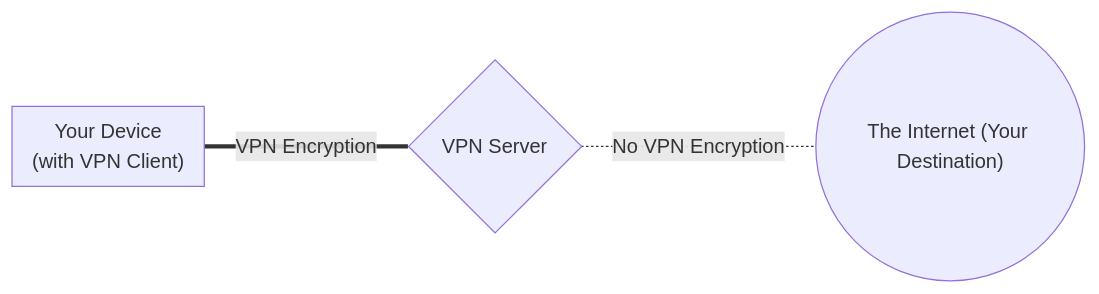
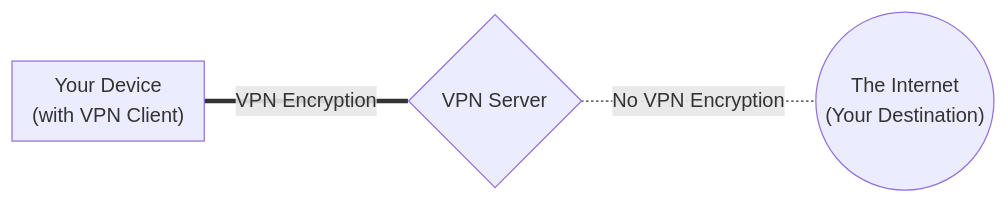
The diagram in docs/basics/vpn-overview.md (privacyguides/privacyguides.org), drawn with Mermaid before and after one commit.

````diff
--- a/docs/basics/vpn-overview.md
+++ b/docs/basics/vpn-overview.md
@@ -25,7 +25,7 @@
 ``` mermaid
 flowchart LR
  763931["Your Device<div>(with VPN Client)</div>"] ===|"VPN Encryption"| 404512{"VPN Server"}
- 404512 -.-|"No VPN Encryption"| 593753(("The Internet (Your Destination)"))
+ 404512 -.-|"No VPN Encryption"| 593753(("The Internet <div>(Your Destination)</div>"))
  subgraph 763931["Your Device<div>(with VPN Client)</div>"]
  end
 ```
````
